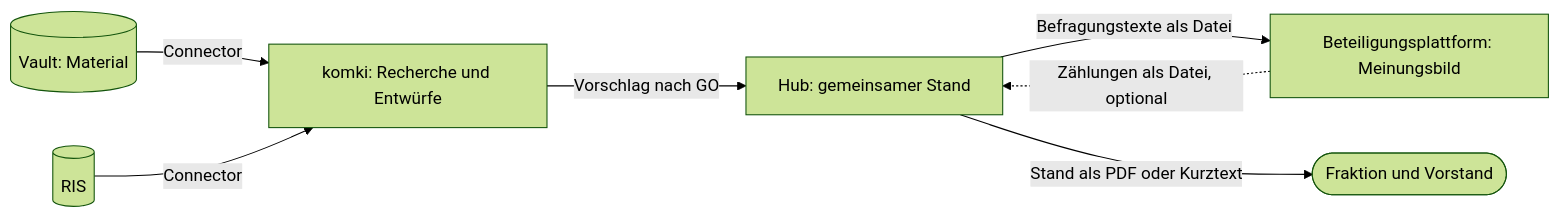
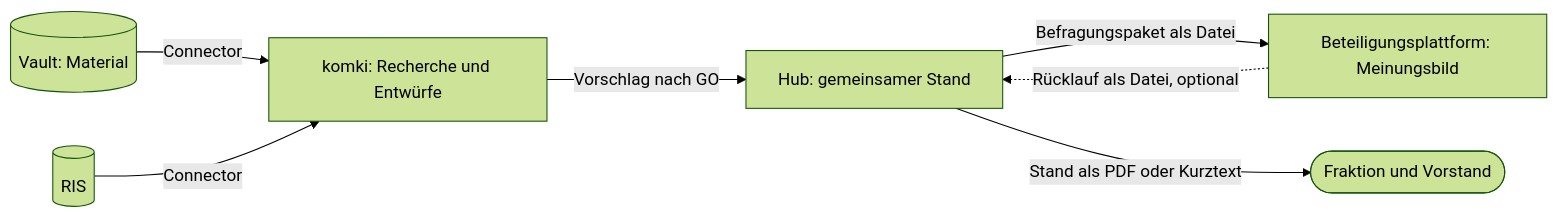
The diagram in docs/adr/0004-ratsprojekte-als-lokaler-hub.md (croesnick/kommunalpolitik_ki), drawn with Mermaid (forest theme) before and after one commit. The commit also changed other lines of this file and 3 other files, not shown here.

````diff
--- a/docs/adr/0004-ratsprojekte-als-lokaler-hub.md
+++ b/docs/adr/0004-ratsprojekte-als-lokaler-hub.md
@@ -15,9 +15,9 @@
 ```mermaid
 flowchart LR
   V[(Vault: Material)] -->|Connector| K[komki: Recherche und Entwürfe]
   RIS[(RIS)] -->|Connector| K
   K -->|Vorschlag nach GO| H[Hub: gemeinsamer Stand]
-  H -->|Befragungstexte als Datei| B[Beteiligungsplattform: Meinungsbild]
-  B -.->|Zählungen als Datei, optional| H
+  H -->|Befragungspaket als Datei| B[Beteiligungsplattform: Meinungsbild]
+  B -.->|Rücklauf als Datei, optional| H
   H -->|Stand als PDF oder Kurztext| S([Fraktion und Vorstand])
 ```
````
